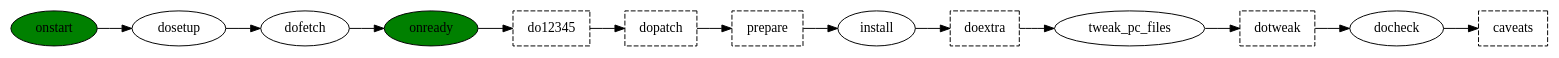
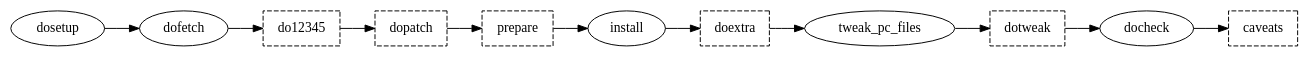
One commit to leleliu008/ndk-pkg changed the diagram in phases.dot. Above: the diagram before and after it, drawn with Graphviz. The commit also changed 3 other files, not shown here.

```diff
--- a/phases.dot
+++ b/phases.dot
@@ -1,15 +1,12 @@
 digraph {
     rankdir="LR"
 
-    onstart -> dosetup -> dofetch -> onready -> do12345 -> dopatch -> prepare -> install -> doextra -> tweak_pc_files -> dotweak -> docheck -> caveats
-
-    onstart [fillcolor="green";style=filled]
-    onready [fillcolor="green";style=filled]
+    dosetup -> dofetch -> do12345 -> dopatch -> prepare -> install -> doextra -> tweak_pc_files -> dotweak -> docheck -> caveats
 
     do12345 [shape="box"; style="dashed"];
     dopatch [shape="box"; style="dashed"];
     prepare [shape="box"; style="dashed"];
     doextra [shape="box"; style="dashed"];
     dotweak [shape="box"; style="dashed"];
     caveats [shape="box"; style="dashed"];
 }
```
